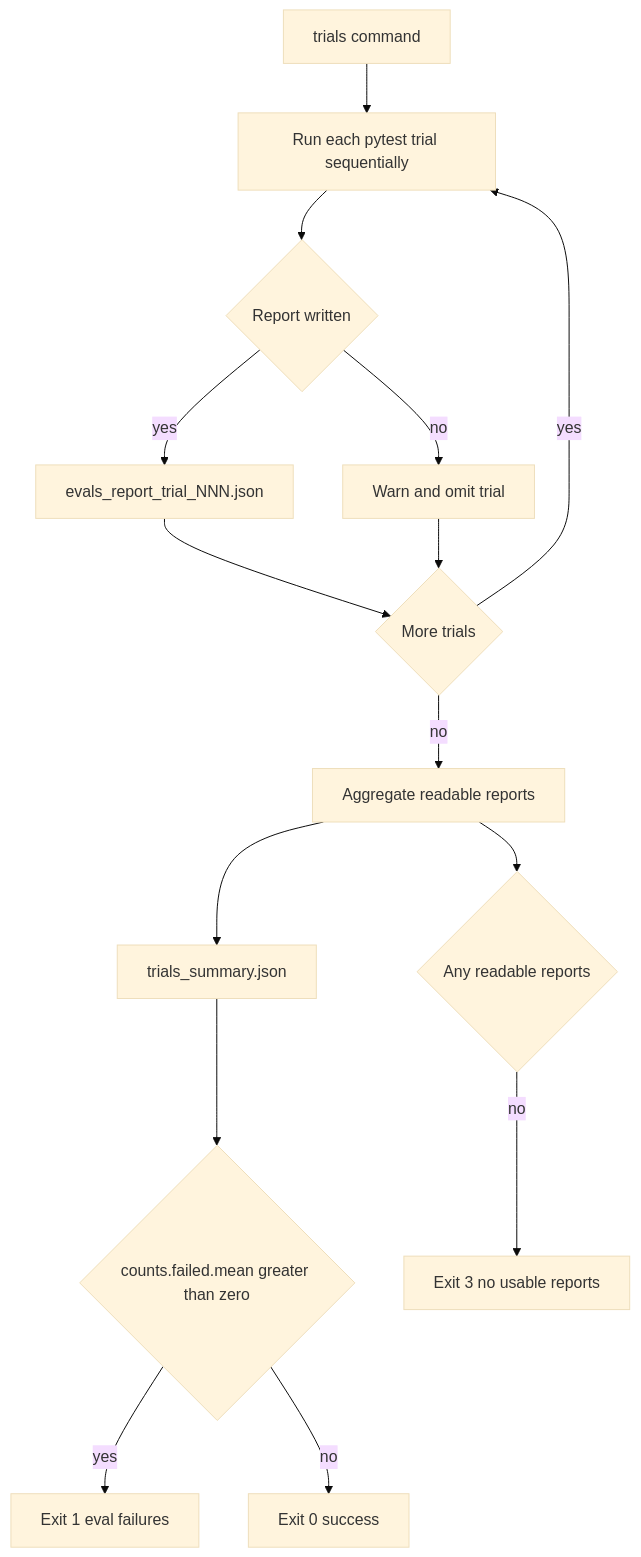
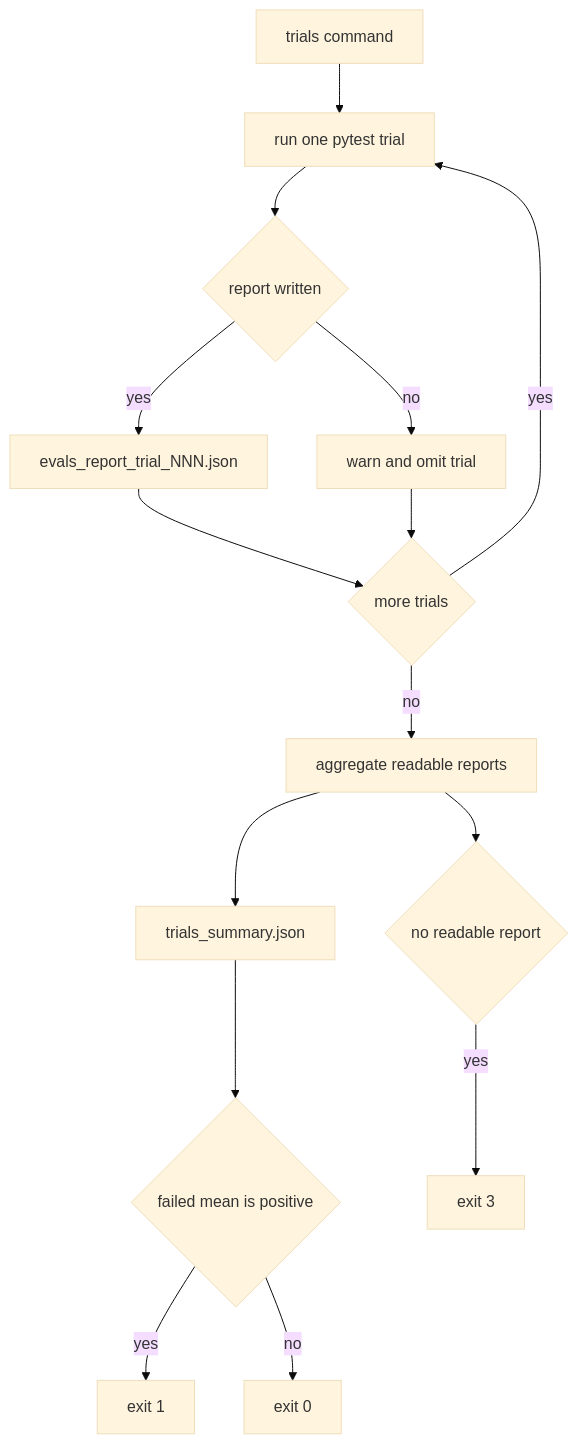
The second of 2 diagrams in openwiki/workflows/run-evals.md (langchain-ai/deepagents), drawn with Mermaid (base theme) before and after one commit. The commit also changed other lines of this file and 67 other files, not shown here.

````diff
--- a/openwiki/workflows/run-evals.md
+++ b/openwiki/workflows/run-evals.md
@@ -136,17 +166,17 @@
 ```mermaid
 flowchart TD
-    Start["trials command"] --> Loop["Run each pytest trial sequentially"]
-    Loop --> Report{"Report written"}
-    Report -- "yes" --> PerTrial["evals_report_trial_NNN.json"]
-    Report -- "no" --> Skip["Warn and omit trial"]
-    PerTrial --> More{"More trials"}
-    More -- "yes" --> Loop
-    More -- "no" --> Aggregate["Aggregate readable reports"]
-    Skip --> More
+    Start["trials command"] --> Trial["run one pytest trial"]
+    Trial --> Written{"report written"}
+    Written -- yes --> Save["evals_report_trial_NNN.json"]
+    Written -- no --> Warn["warn and omit trial"]
+    Save --> More{"more trials"}
+    Warn --> More
+    More -- yes --> Trial
+    More -- no --> Aggregate["aggregate readable reports"]
     Aggregate --> Summary["trials_summary.json"]
-    Summary --> Failed{"counts.failed.mean greater than zero"}
-    Failed -- "yes" --> ExitOne["Exit 1 eval failures"]
-    Failed -- "no" --> ExitZero["Exit 0 success"]
-    Aggregate --> None{"Any readable reports"}
-    None -- "no" --> ExitThree["Exit 3 no usable reports"]
+    Summary --> Failed{"failed mean is positive"}
+    Failed -- yes --> One["exit 1"]
+    Failed -- no --> Zero["exit 0"]
+    Aggregate --> None{"no readable report"}
+    None -- yes --> Three["exit 3"]
 ```
````
